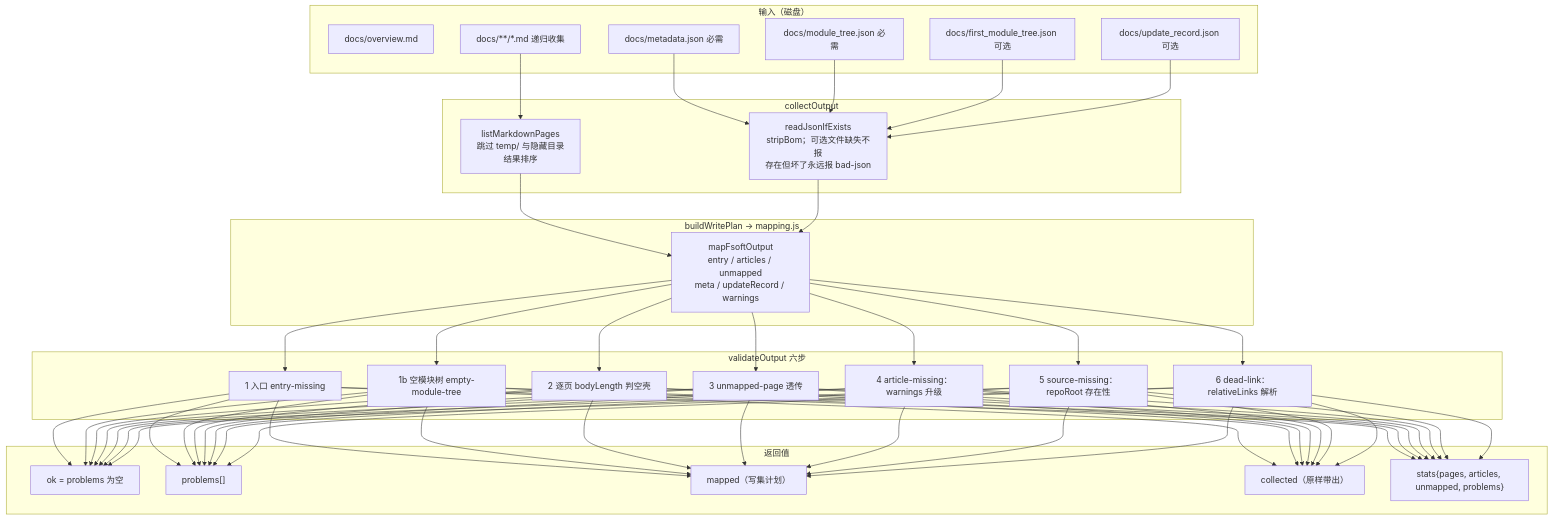
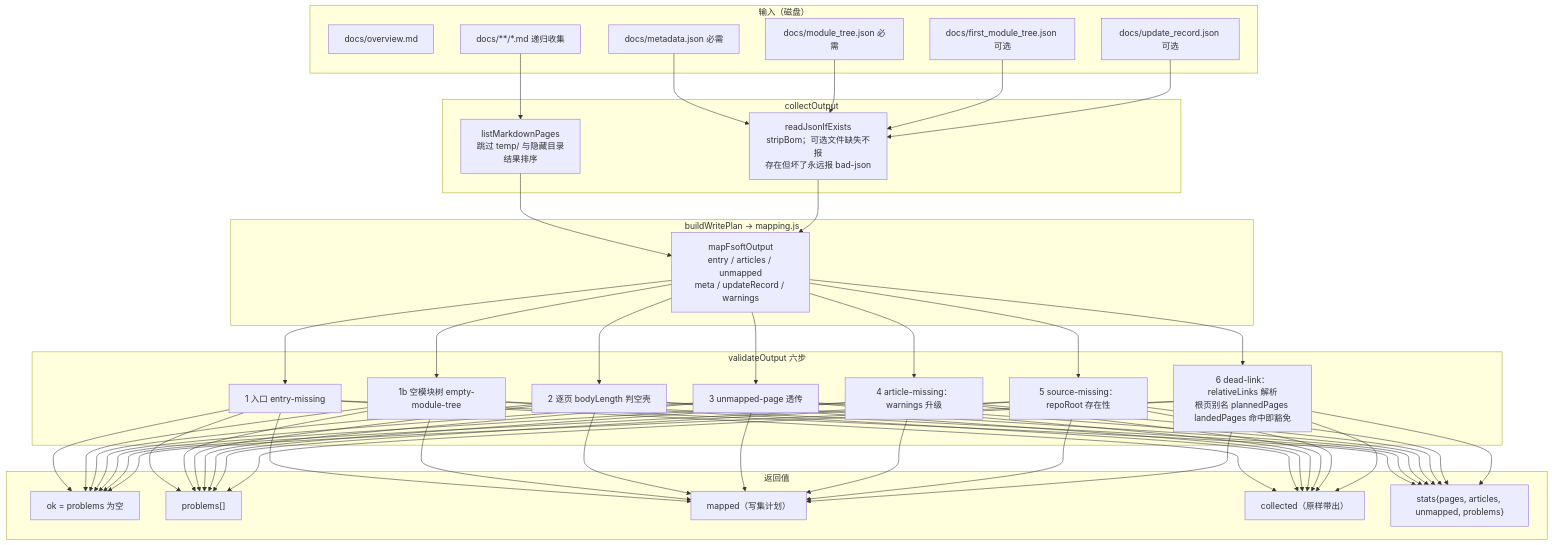
One commit to ikliml666/dsh-codewiki changed the third of 5 diagrams in .codewiki/modules/engine-output-processing.md. Above: the diagram before and after it, drawn with Mermaid. The commit also changed other lines of this file and 15 other files, not shown here.

````diff
--- a/.codewiki/modules/engine-output-processing.md
+++ b/.codewiki/modules/engine-output-processing.md
@@ -95,45 +95,45 @@
 ```mermaid
 flowchart TD
     subgraph 输入["输入（磁盘）"]
         D1["docs/overview.md"]
         D2["docs/**/*.md 递归收集"]
         D3["docs/metadata.json 必需"]
         D4["docs/module_tree.json 必需"]
         D5["docs/first_module_tree.json 可选"]
         D6["docs/update_record.json 可选"]
     end
 
     subgraph 收集["collectOutput"]
         L["listMarkdownPages<br/>跳过 temp/ 与隐藏目录<br/>结果排序"]
         R["readJsonIfExists<br/>stripBom；可选文件缺失不报<br/>存在但坏了永远报 bad-json"]
     end
 
     subgraph 映射["buildWritePlan → mapping.js"]
         M["mapFsoftOutput<br/>entry / articles / unmapped<br/>meta / updateRecord / warnings"]
     end
 
     subgraph 校验["validateOutput 六步"]
         S1["1 入口 entry-missing"]
         S2["1b 空模块树 empty-module-tree"]
         S3["2 逐页 bodyLength 判空壳"]
         S4["3 unmapped-page 透传"]
         S5["4 article-missing：warnings 升级"]
         S6["5 source-missing：repoRoot 存在性"]
-        S7["6 dead-link：relativeLinks 解析"]
+        S7["6 dead-link：relativeLinks 解析<br/>根页别名 plannedPages landedPages 命中即豁免"]
     end
 
     subgraph 输出["返回值"]
         O1["ok = problems 为空"]
         O2["problems[]"]
         O3["mapped（写集计划）"]
         O4["collected（原样带出）"]
         O5["stats{pages, articles, unmapped, problems}"]
     end
 
     D2 --> L
     D3 & D4 & D5 & D6 --> R
     L --> M
     R --> M
     M --> S1 & S2 & S3 & S4 & S5 & S6 & S7
     S1 & S2 & S3 & S4 & S5 & S6 & S7 --> O1 & O2 & O3 & O4 & O5
 ```
````
